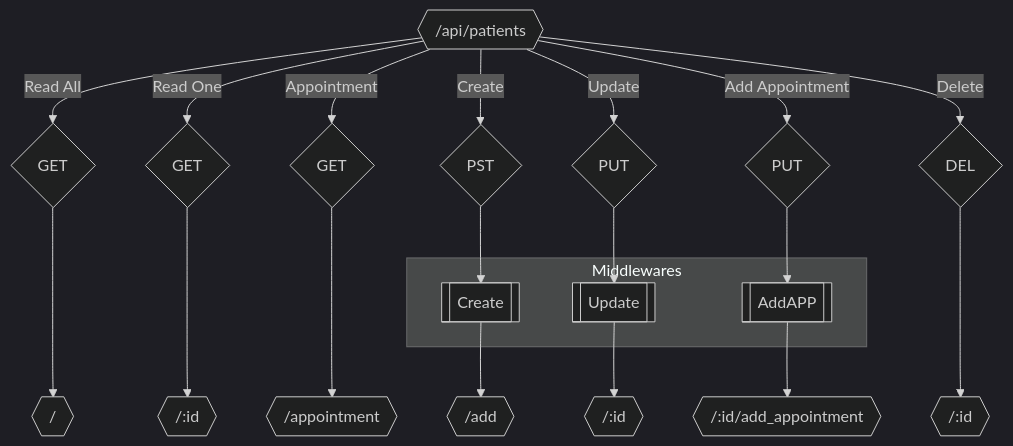
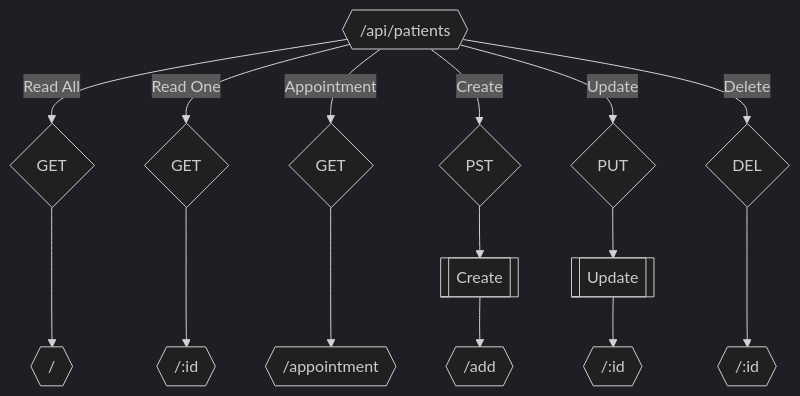
The third of 7 diagrams in docs/api/api.md (helix-medical/helix), drawn with Mermaid (dark theme) before and after one commit. The commit also changed other lines of this file, not shown here.

Commit message:
Update schemas

````diff
--- a/docs/api/api.md
+++ b/docs/api/api.md
@@ -24,15 +78,9 @@
 ```mermaid
 flowchart TB
- subgraph Middlewares
-  MWCPTNS[[Create]]
-  MWUPTNS[[Update]]
-  MWAAPTNS[[AddAPP]]
- end
  PTNS{{/api/patients}} -- Read All --> MRAPTNS{GET} ---> PTNS_READALL{{/}}
  PTNS -- Read One --> MROPTNS{GET} ---> PTNS_READONE{{/:id}}
  PTNS -- Appointment --> MAPTNS{GET} ---> PTNS_APP{{/appointment}}
- PTNS -- Create --> MCPTNS{PST} --> MWCPTNS --> PTNS_CREATE{{/add}}
- PTNS -- Update --> MUPTNS{PUT} --> MWUPTNS --> PTN_UPDATE{{/:id}}
- PTNS -- Add Appointment --> MUAPPTNS{PUT} --> MWAAPTNS --> PTNS_ADDAPP{{/:id/add_appointment}}
+ PTNS -- Create --> MCPTNS{PST} --> MWCPTNS[[Create]] --> PTNS_CREATE{{/add}}
+ PTNS -- Update --> MUPTNS{PUT} --> MWUPTNS[[Update]] --> PTN_UPDATE{{/:id}}
  PTNS -- Delete --> MDPTNS{DEL} ---> PTNS_DEL{{/:id}}
 ```
````
